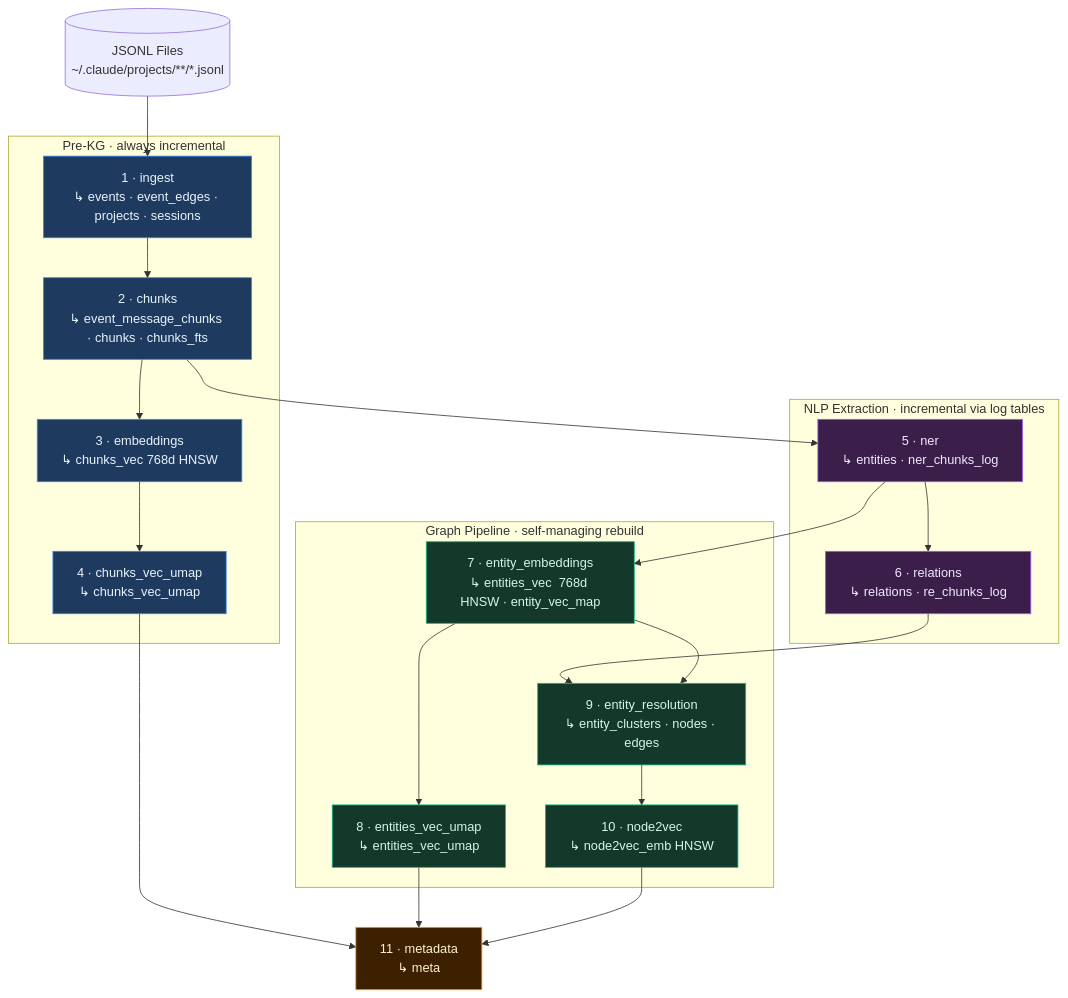
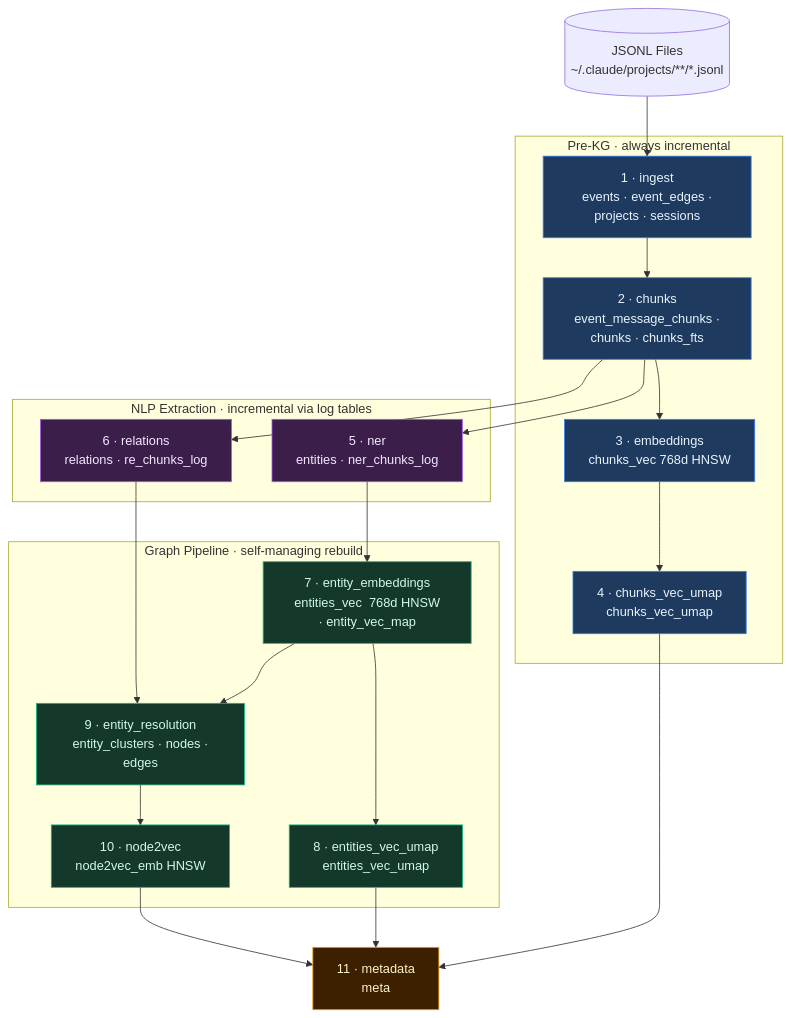
One commit to neozenith/sqlite-muninn changed the first of 3 diagrams in benchmarks/sessions_demo/README.md. Above: the diagram before and after it, drawn with Mermaid. The commit also changed other lines of this file and 51 other files, not shown here.

````diff
--- a/benchmarks/sessions_demo/README.md
+++ b/benchmarks/sessions_demo/README.md
@@ -36,50 +36,50 @@
 ```mermaid
 flowchart TB
-    JSONL[("JSONL Files\n~/.claude/projects/**/*.jsonl")]
+    JSONL[("JSONL Files<br/>~/.claude/projects/**/*.jsonl")]
 
     subgraph PRE ["Pre-KG  ·  always incremental"]
-        P1["1 · ingest\n↳ events · event_edges · projects · sessions"]
-        P2["2 · chunks\n↳ event_message_chunks · chunks · chunks_fts"]
-        P3["3 · embeddings\n↳ chunks_vec  768d HNSW"]
-        P4["4 · chunks_vec_umap\n↳ chunks_vec_umap"]
+        P1["1 · ingest<br/> events · event_edges · projects · sessions"]
+        P2["2 · chunks<br/> event_message_chunks · chunks · chunks_fts"]
+        P3["3 · embeddings<br/> chunks_vec  768d HNSW"]
+        P4["4 · chunks_vec_umap<br/> chunks_vec_umap"]
     end
 
     subgraph NLP ["NLP Extraction  ·  incremental via log tables"]
-        P5["5 · ner\n↳ entities · ner_chunks_log"]
-        P6["6 · relations\n↳ relations · re_chunks_log"]
+        P5["5 · ner<br/> entities · ner_chunks_log"]
+        P6["6 · relations<br/> relations · re_chunks_log"]
     end
 
     subgraph KG ["Graph Pipeline  ·  self-managing rebuild"]
-        P7["7 · entity_embeddings\n↳ entities_vec  768d HNSW · entity_vec_map"]
-        P8["8 · entities_vec_umap\n↳ entities_vec_umap"]
-        P9["9 · entity_resolution\n↳ entity_clusters · nodes · edges"]
-        P10["10 · node2vec\n↳ node2vec_emb HNSW"]
+        P7["7 · entity_embeddings<br/> entities_vec  768d HNSW · entity_vec_map"]
+        P8["8 · entities_vec_umap<br/> entities_vec_umap"]
+        P9["9 · entity_resolution<br/> entity_clusters · nodes · edges"]
+        P10["10 · node2vec<br/> node2vec_emb HNSW"]
     end
 
-    P11["11 · metadata\n↳ meta"]
+    P11["11 · metadata<br/> meta"]
 
     JSONL --> P1
     P1  --> P2
     P2  --> P3
     P3  --> P4
     P2  --> P5
-    P5  --> P6
+    P2  --> P6
     P5  --> P7
     P7  --> P8
     P6  --> P9
     P7  --> P9
     P9  --> P10
     P4  --> P11
     P8  --> P11
     P10 --> P11
 
     classDef pre   fill:#1e3a5f,color:#e8f4fd,stroke:#3b82f6
     classDef nlp   fill:#3b1f4a,color:#f3e8ff,stroke:#a855f7
     classDef kg    fill:#14382a,color:#d1fae5,stroke:#10b981
     classDef term  fill:#3d2000,color:#fef3c7,stroke:#f59e0b
 
     class P1,P2,P3,P4 pre
     class P5,P6 nlp
     class P7,P8,P9,P10 kg
     class P11 term
 ```
````
